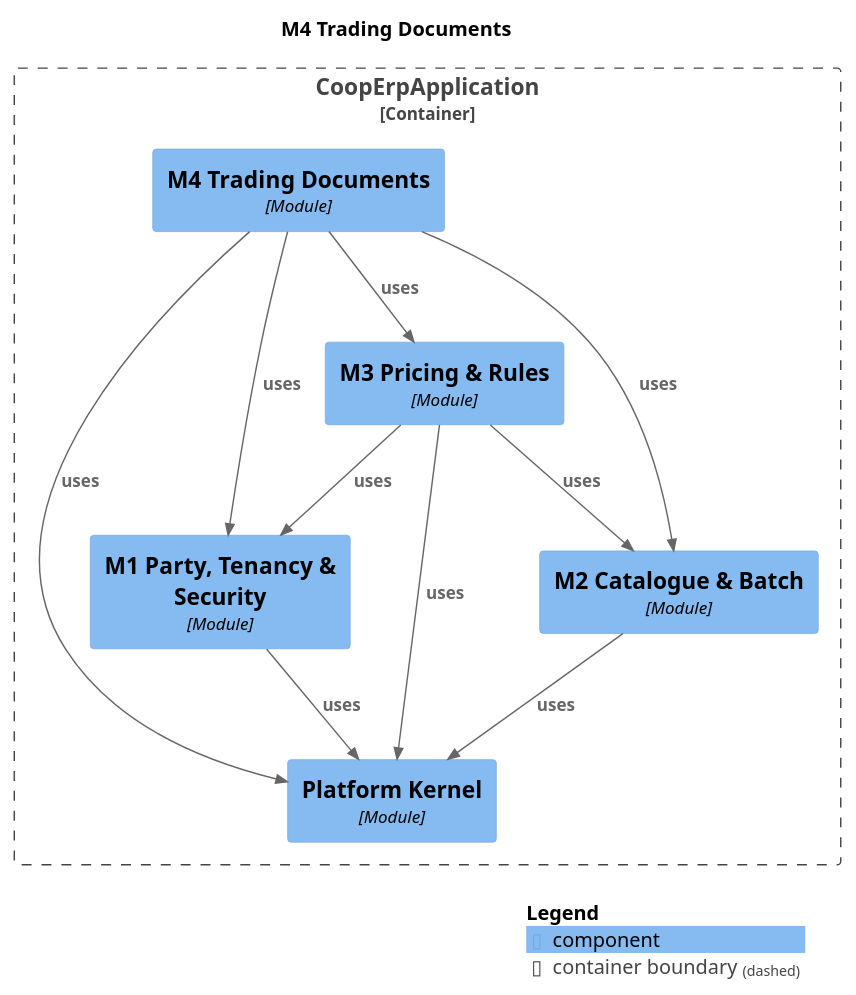
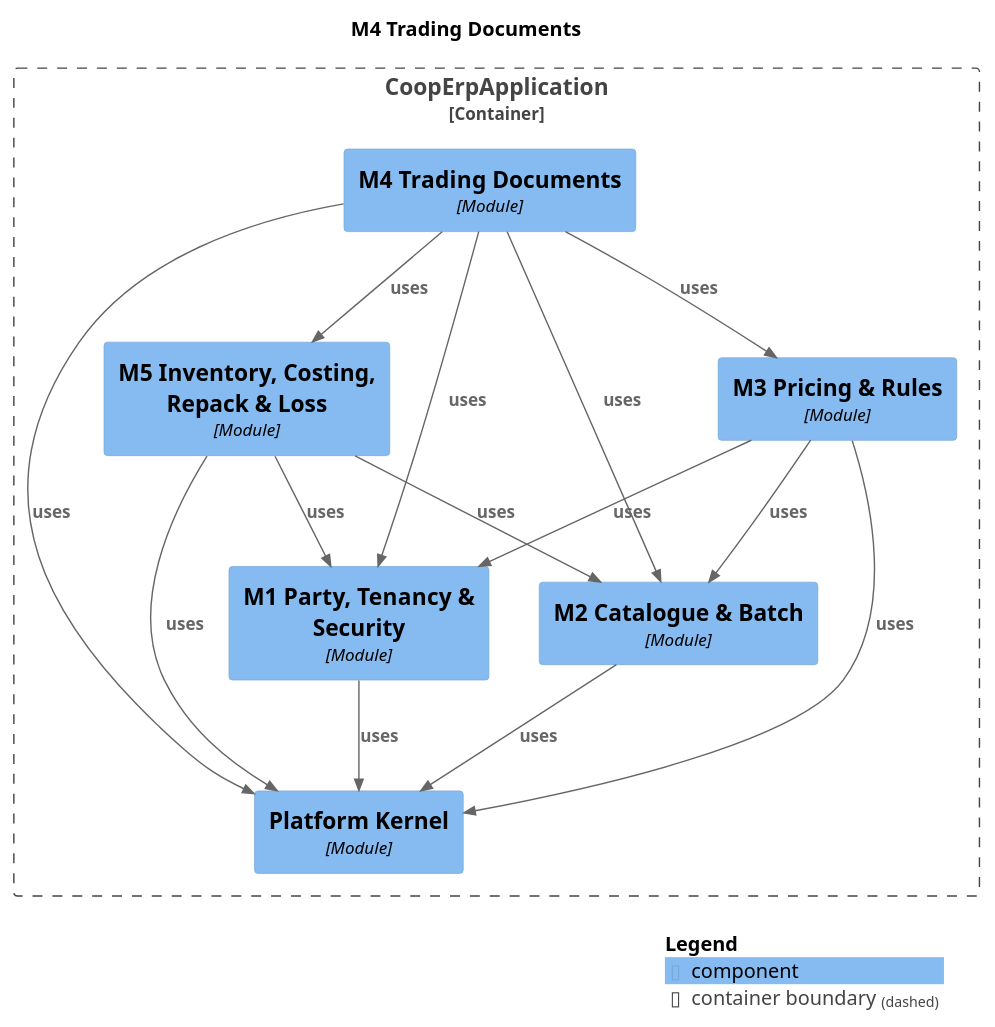
The diagram in docs/modules/module-m4trading.puml (Knoweb/COOP_ERP), drawn with PlantUML before and after one commit. The commit also changed 15 other files, not shown here.

```diff
--- a/docs/modules/module-m4trading.puml
+++ b/docs/modules/module-m4trading.puml
@@ -1,30 +1,35 @@
 @startuml
 set separator none
 title M4 Trading Documents
 
 top to bottom direction
 
 !include <C4/C4>
 !include <C4/C4_Context>
 !include <C4/C4_Component>
 
 Container_Boundary("CoopErpApplication.CoopErpApplication_boundary", "CoopErpApplication", $tags="") {
+  Component(CoopErpApplication.CoopErpApplication.M5InventoryCostingRepackLoss, "M5 Inventory, Costing, Repack & Loss", $techn="Module", $descr="", $tags="", $link="")
   Component(CoopErpApplication.CoopErpApplication.M4TradingDocuments, "M4 Trading Documents", $techn="Module", $descr="", $tags="", $link="")
   Component(CoopErpApplication.CoopErpApplication.PlatformKernel, "Platform Kernel", $techn="Module", $descr="", $tags="", $link="")
   Component(CoopErpApplication.CoopErpApplication.M1PartyTenancySecurity, "M1 Party, Tenancy & Security", $techn="Module", $descr="", $tags="", $link="")
   Component(CoopErpApplication.CoopErpApplication.M2CatalogueBatch, "M2 Catalogue & Batch", $techn="Module", $descr="", $tags="", $link="")
   Component(CoopErpApplication.CoopErpApplication.M3PricingRules, "M3 Pricing & Rules", $techn="Module", $descr="", $tags="", $link="")
 }
 
+Rel(CoopErpApplication.CoopErpApplication.M2CatalogueBatch, CoopErpApplication.CoopErpApplication.PlatformKernel, "uses", $techn="", $tags="", $link="")
 Rel(CoopErpApplication.CoopErpApplication.M1PartyTenancySecurity, CoopErpApplication.CoopErpApplication.PlatformKernel, "uses", $techn="", $tags="", $link="")
-Rel(CoopErpApplication.CoopErpApplication.M2CatalogueBatch, CoopErpApplication.CoopErpApplication.PlatformKernel, "uses", $techn="", $tags="", $link="")
-Rel(CoopErpApplication.CoopErpApplication.M3PricingRules, CoopErpApplication.CoopErpApplication.M1PartyTenancySecurity, "uses", $techn="", $tags="", $link="")
 Rel(CoopErpApplication.CoopErpApplication.M3PricingRules, CoopErpApplication.CoopErpApplication.M2CatalogueBatch, "uses", $techn="", $tags="", $link="")
 Rel(CoopErpApplication.CoopErpApplication.M3PricingRules, CoopErpApplication.CoopErpApplication.PlatformKernel, "uses", $techn="", $tags="", $link="")
+Rel(CoopErpApplication.CoopErpApplication.M3PricingRules, CoopErpApplication.CoopErpApplication.M1PartyTenancySecurity, "uses", $techn="", $tags="", $link="")
+Rel(CoopErpApplication.CoopErpApplication.M5InventoryCostingRepackLoss, CoopErpApplication.CoopErpApplication.M1PartyTenancySecurity, "uses", $techn="", $tags="", $link="")
+Rel(CoopErpApplication.CoopErpApplication.M5InventoryCostingRepackLoss, CoopErpApplication.CoopErpApplication.M2CatalogueBatch, "uses", $techn="", $tags="", $link="")
+Rel(CoopErpApplication.CoopErpApplication.M5InventoryCostingRepackLoss, CoopErpApplication.CoopErpApplication.PlatformKernel, "uses", $techn="", $tags="", $link="")
+Rel(CoopErpApplication.CoopErpApplication.M4TradingDocuments, CoopErpApplication.CoopErpApplication.PlatformKernel, "uses", $techn="", $tags="", $link="")
 Rel(CoopErpApplication.CoopErpApplication.M4TradingDocuments, CoopErpApplication.CoopErpApplication.M1PartyTenancySecurity, "uses", $techn="", $tags="", $link="")
 Rel(CoopErpApplication.CoopErpApplication.M4TradingDocuments, CoopErpApplication.CoopErpApplication.M2CatalogueBatch, "uses", $techn="", $tags="", $link="")
 Rel(CoopErpApplication.CoopErpApplication.M4TradingDocuments, CoopErpApplication.CoopErpApplication.M3PricingRules, "uses", $techn="", $tags="", $link="")
-Rel(CoopErpApplication.CoopErpApplication.M4TradingDocuments, CoopErpApplication.CoopErpApplication.PlatformKernel, "uses", $techn="", $tags="", $link="")
+Rel(CoopErpApplication.CoopErpApplication.M4TradingDocuments, CoopErpApplication.CoopErpApplication.M5InventoryCostingRepackLoss, "uses", $techn="", $tags="", $link="")
 
 SHOW_LEGEND(true)
 @enduml
```
